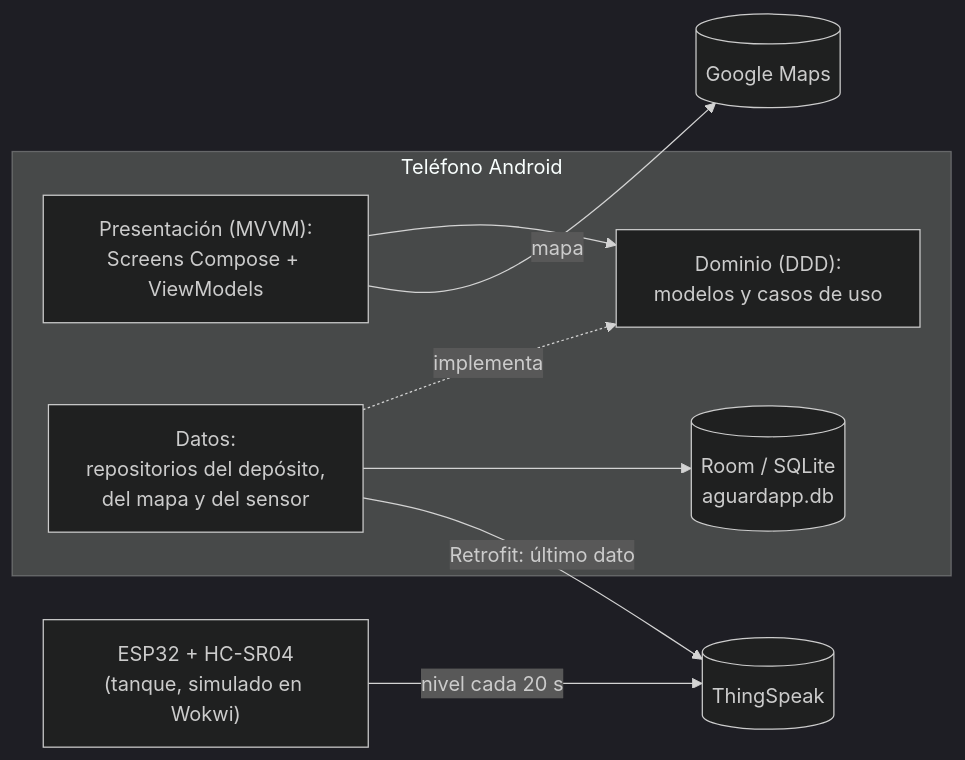
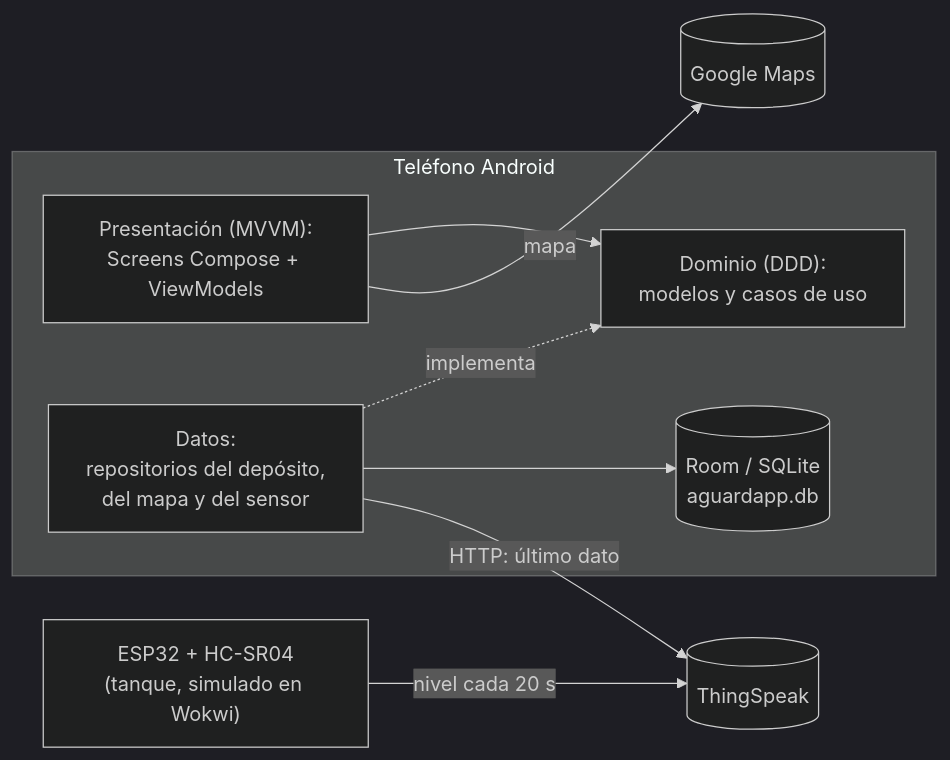
One commit to Cristhian465/Aguarda changed the first of 4 diagrams in informes/FD05-Informe-Final.md. Above: the diagram before and after it, drawn with Mermaid (dark theme). The commit also changed other lines of this file and 120 other files, not shown here.

````diff
--- a/informes/FD05-Informe-Final.md
+++ b/informes/FD05-Informe-Final.md
@@ -161,19 +162,19 @@
 ```mermaid
 flowchart LR
     subgraph DM["Teléfono Android"]
         PRES["Presentación (MVVM):<br/>Screens Compose + ViewModels"]
         DOM["Dominio (DDD):<br/>modelos y casos de uso"]
         DAT["Datos:<br/>repositorios del depósito,<br/>del mapa y del sensor"]
         ROOM[("Room / SQLite<br/>aguardapp.db")]
     end
     GM[("Google Maps")]
     TS[("ThingSpeak")]
     ESP["ESP32 + HC-SR04<br/>(tanque, simulado en Wokwi)"]
 
     PRES --> DOM
     DAT -. implementa .-> DOM
     DAT --> ROOM
     PRES -- mapa --> GM
-    DAT -- "Retrofit: último dato" --> TS
+    DAT -- "HTTP: último dato" --> TS
     ESP -- "nivel cada 20 s" --> TS
 ```
````
